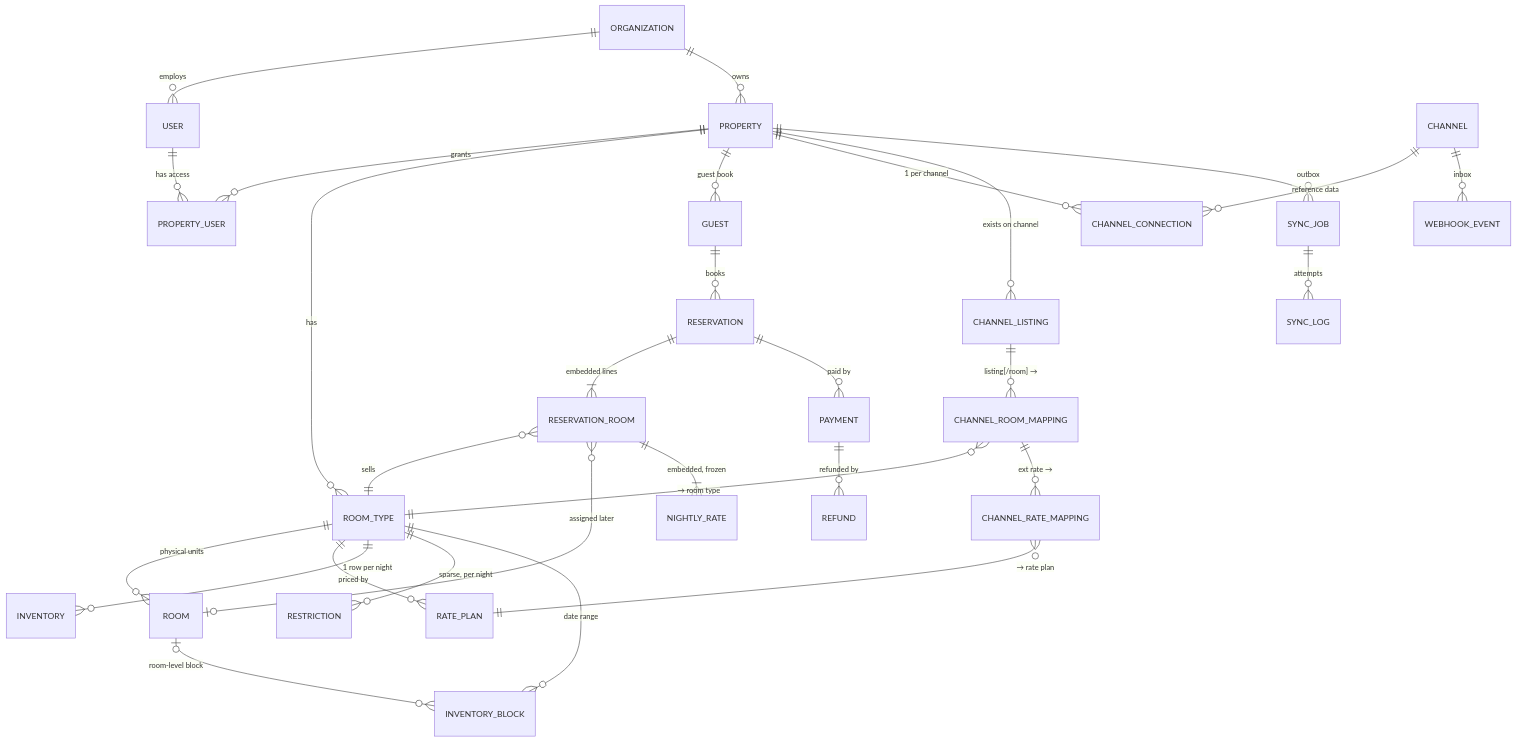
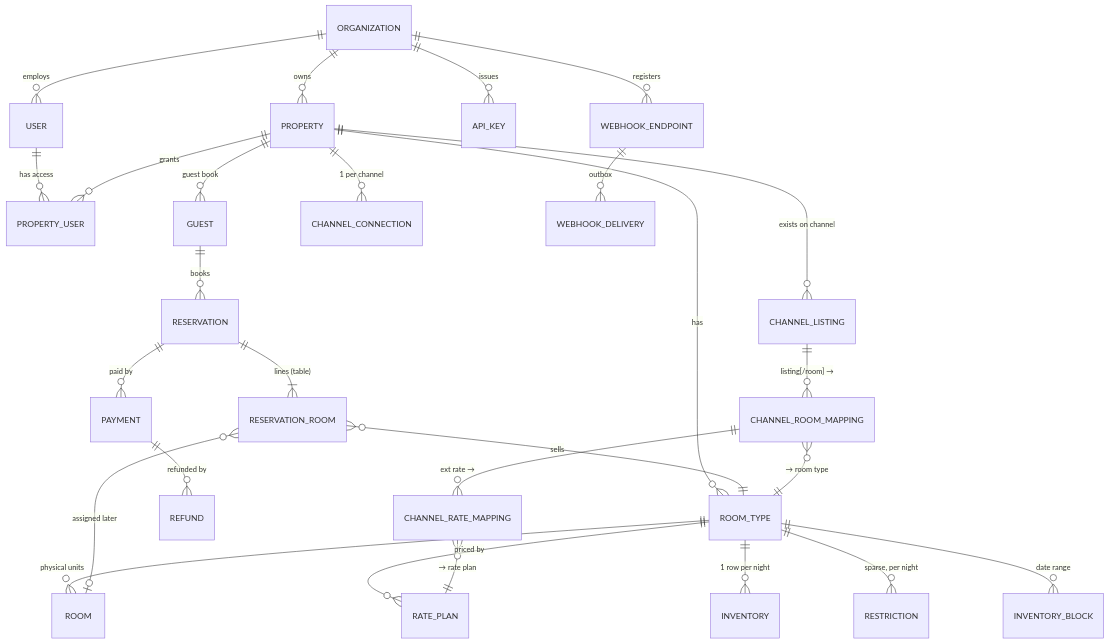
The diagram in docs/DATABASE.md (monktribein/booking-engine), drawn with Mermaid before and after one commit. The commit also changed other lines of this file and 186 other files, not shown here.

````diff
--- a/docs/DATABASE.md
+++ b/docs/DATABASE.md
@@ -62,32 +79,29 @@
 ```mermaid
 erDiagram
   ORGANIZATION ||--o{ USER : employs
   ORGANIZATION ||--o{ PROPERTY : owns
   USER ||--o{ PROPERTY_USER : "has access"
-  PROPERTY ||--o{ PROPERTY_USER : "grants"
+  PROPERTY ||--o{ PROPERTY_USER : grants
   PROPERTY ||--o{ ROOM_TYPE : has
   ROOM_TYPE ||--o{ ROOM : "physical units"
   ROOM_TYPE ||--o{ RATE_PLAN : "priced by"
   ROOM_TYPE ||--o{ INVENTORY : "1 row per night"
   ROOM_TYPE ||--o{ RESTRICTION : "sparse, per night"
   ROOM_TYPE ||--o{ INVENTORY_BLOCK : "date range"
-  ROOM |o--o{ INVENTORY_BLOCK : "room-level block"
   PROPERTY ||--o{ GUEST : "guest book"
   GUEST ||--o{ RESERVATION : books
-  RESERVATION ||--|{ RESERVATION_ROOM : "embedded lines"
-  RESERVATION_ROOM }o--|| ROOM_TYPE : "sells"
+  RESERVATION ||--|{ RESERVATION_ROOM : "lines (table)"
+  RESERVATION_ROOM }o--|| ROOM_TYPE : sells
   RESERVATION_ROOM }o--o| ROOM : "assigned later"
-  RESERVATION_ROOM ||--|{ NIGHTLY_RATE : "embedded, frozen"
   RESERVATION ||--o{ PAYMENT : "paid by"
   PAYMENT ||--o{ REFUND : "refunded by"
   PROPERTY ||--o{ CHANNEL_CONNECTION : "1 per channel"
-  CHANNEL ||--o{ CHANNEL_CONNECTION : "reference data"
   PROPERTY ||--o{ CHANNEL_LISTING : "exists on channel"
   CHANNEL_LISTING ||--o{ CHANNEL_ROOM_MAPPING : "listing[/room] →"
   CHANNEL_ROOM_MAPPING }o--|| ROOM_TYPE : "→ room type"
   CHANNEL_ROOM_MAPPING ||--o{ CHANNEL_RATE_MAPPING : "ext rate →"
   CHANNEL_RATE_MAPPING }o--|| RATE_PLAN : "→ rate plan"
-  PROPERTY ||--o{ SYNC_JOB : outbox
-  SYNC_JOB ||--o{ SYNC_LOG : attempts
-  CHANNEL ||--o{ WEBHOOK_EVENT : inbox
+  ORGANIZATION ||--o{ API_KEY : issues
+  ORGANIZATION ||--o{ WEBHOOK_ENDPOINT : registers
+  WEBHOOK_ENDPOINT ||--o{ WEBHOOK_DELIVERY : "outbox"
 ```
````
